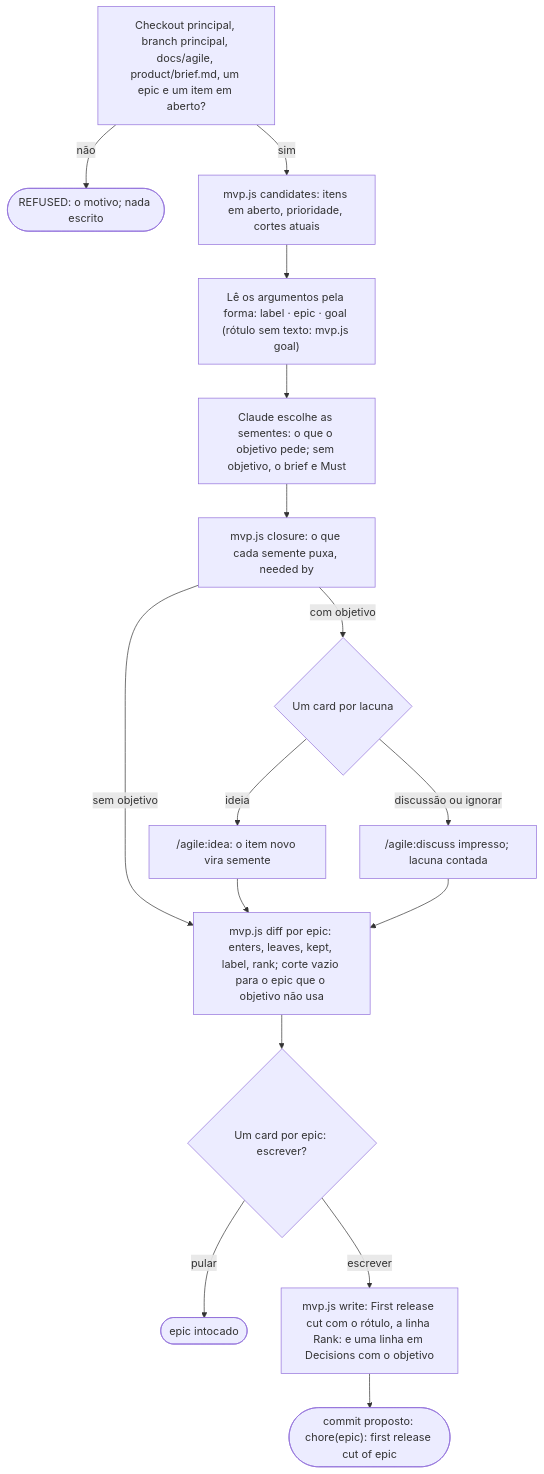
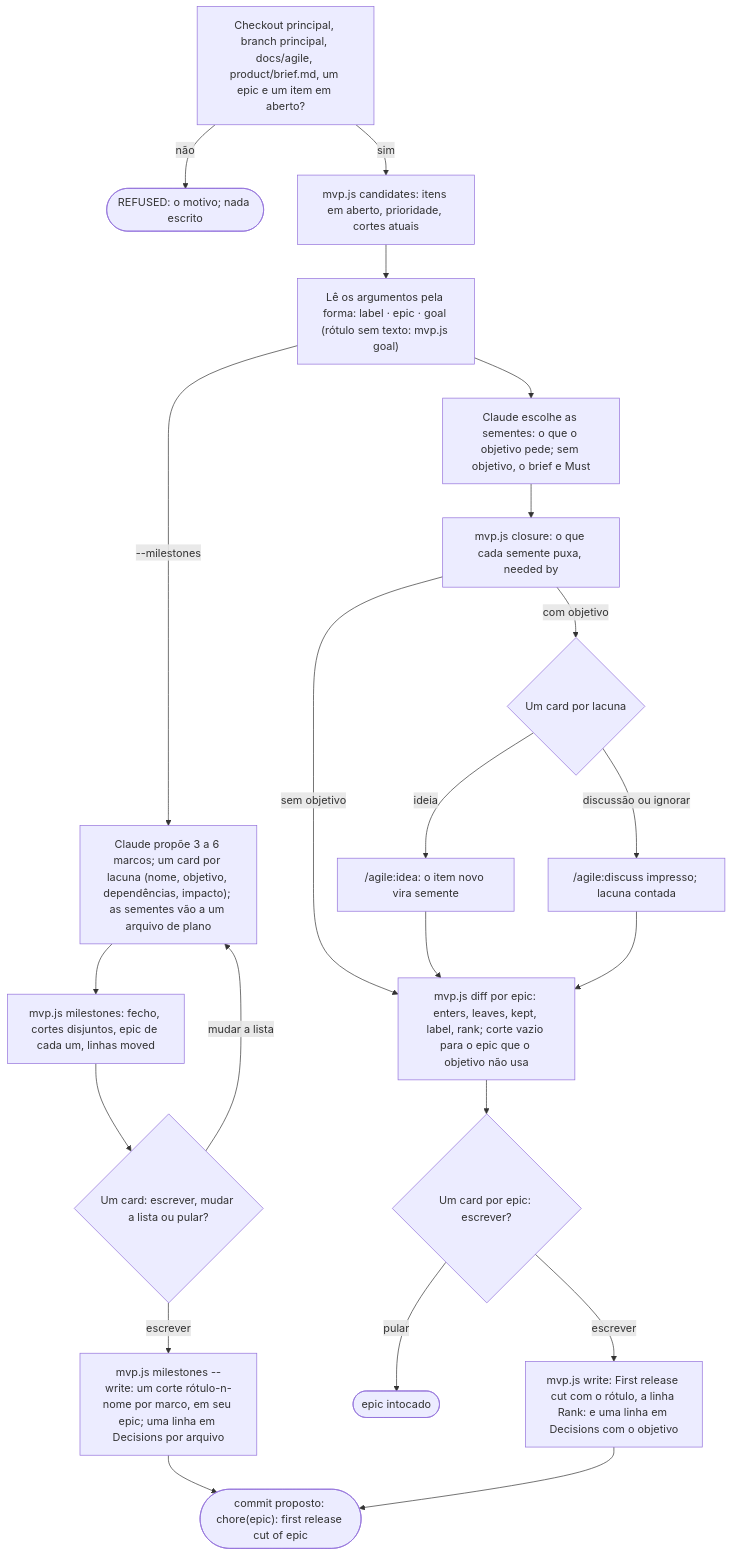
Before and after one commit to alexcanario/simulab: diagram 20 of 25 in docs/agile/workflow.pt-BR.md, drawn with Mermaid. The commit also changed other lines of this file and 7 other files, not shown here.

````diff
--- a/docs/agile/workflow.pt-BR.md
+++ b/docs/agile/workflow.pt-BR.md
@@ -1283,18 +1291,24 @@
 ```mermaid
 flowchart TD
     A["Checkout principal, branch principal, docs/agile, product/brief.md, um epic e um item em aberto?"] -->|não| A1(["REFUSED: o motivo; nada escrito"])
     A -->|sim| B["mvp.js candidates: itens em aberto, prioridade, cortes atuais"]
     B --> B1["Lê os argumentos pela forma: label · epic · goal (rótulo sem texto: mvp.js goal)"]
+    B1 -->|"--milestones"| M["Claude propõe 3 a 6 marcos; um card por lacuna (nome, objetivo, dependências, impacto); as sementes vão a um arquivo de plano"]
+    M --> M2["mvp.js milestones: fecho, cortes disjuntos, epic de cada um, linhas moved"]
+    M2 --> M3{"Um card: escrever, mudar a lista ou pular?"}
+    M3 -->|escrever| M4["mvp.js milestones --write: um corte rótulo-n-nome por marco, em seu epic; uma linha em Decisions por arquivo"]
+    M3 -->|mudar a lista| M
+    M4 --> H
     B1 --> C["Claude escolhe as sementes: o que o objetivo pede; sem objetivo, o brief e Must"]
     C --> D["mvp.js closure: o que cada semente puxa, needed by"]
     D -->|com objetivo| D1{"Um card por lacuna"}
     D -->|sem objetivo| E
     D1 -->|ideia| D2["/agile:idea: o item novo vira semente"]
     D1 -->|discussão ou ignorar| D3["/agile:discuss impresso; lacuna contada"]
     D2 --> E
     D3 --> E["mvp.js diff por epic: enters, leaves, kept, label, rank; corte vazio para o epic que o objetivo não usa"]
     E --> F{"Um card por epic: escrever?"}
     F -->|pular| F1(["epic intocado"])
     F -->|escrever| G["mvp.js write: First release cut com o rótulo, a linha Rank: e uma linha em Decisions com o objetivo"]
     G --> H(["commit proposto: chore(epic): first release cut of epic"])
 ```
````
